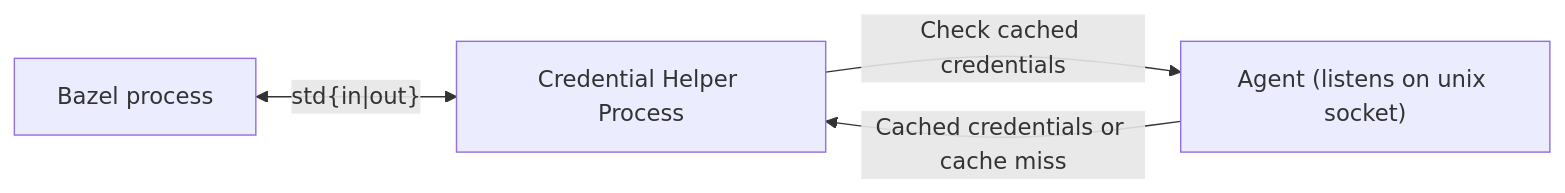
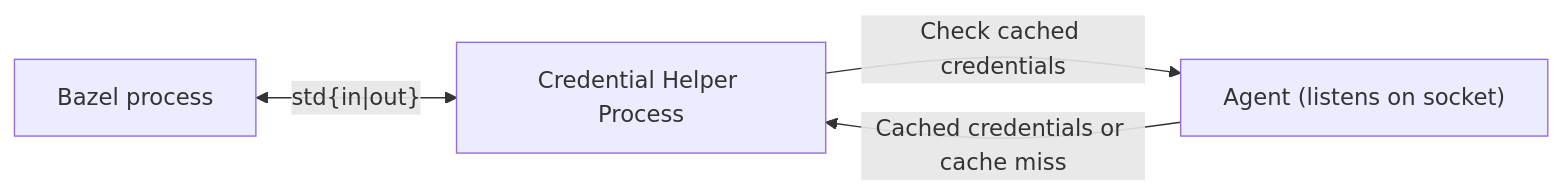
One commit to tweag/credential-helper changed the first of 2 diagrams in README.md. Above: the diagram before and after it, drawn with Mermaid. The commit also changed other lines of this file, not shown here.

Commit message:
Improve README

````diff
--- a/README.md
+++ b/README.md
@@ -14,11 +14,11 @@
 ```mermaid
 graph LR
     Bazel <-->|"std{in|out}"| Helper
     Helper -->|Check cached credentials| Agent
 
     Agent -->|Cached credentials or cache miss| Helper
 
 Bazel[Bazel process]
 Helper[Credential Helper Process]
-Agent["Agent (listens on unix socket)"]
+Agent["Agent (listens on socket)"]
 ```
````
